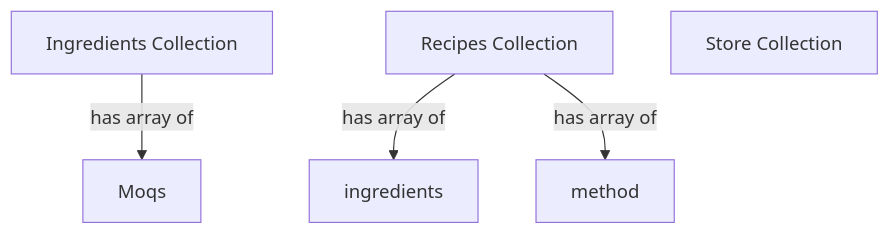
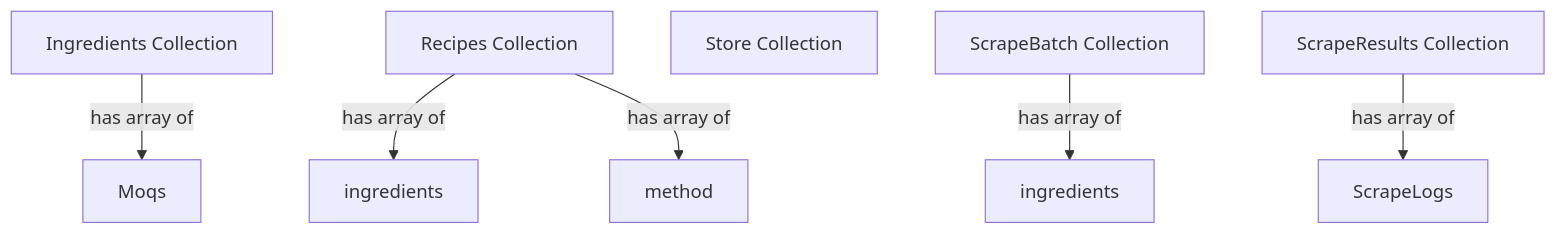
The second of 2 diagrams in documentation/final/databasechematop.md (jbrun001/foodmanager), drawn with Mermaid before and after one commit.

Commit message:
updated to include scrape batches and results

````diff
--- a/documentation/final/databasechematop.md
+++ b/documentation/final/databasechematop.md
@@ -21,14 +21,21 @@
 ```mermaid
 graph TD
 
   Ingredients[Ingredients Collection]
   Recipes[Recipes Collection]
   Store[Store Collection]
+  ScrapeBatches[ScrapeBatch Collection]
+  ScrapeResults[ScrapeResults Collection]
 
   Ingredients -->|has array of| Moqs[Moqs]
 
   Recipes -->|has array of| IngredientsInRecipe[ingredients]
   Recipes -->|has array of| MethodSteps[method]
 
+  ScrapeBatches -->|has array of| ingredients[ingredients]
+
+  ScrapeResults -->|has array of| icrapeLogs[ScrapeLogs]
+  
+
 
 ```
````
